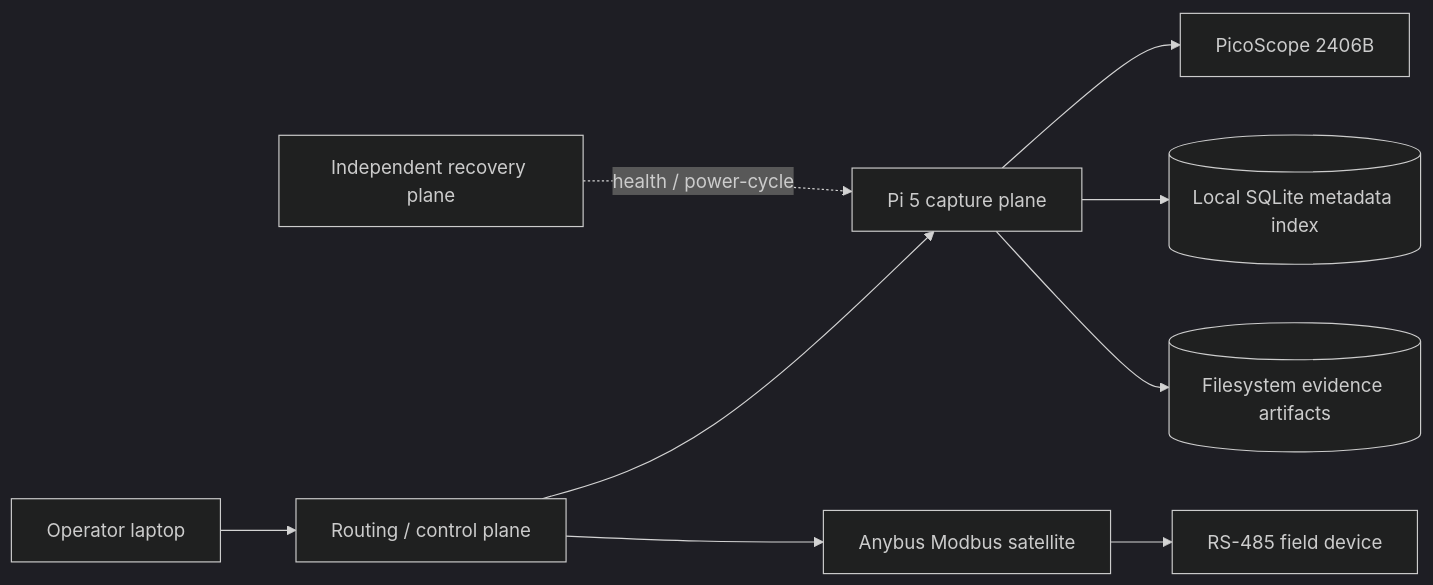
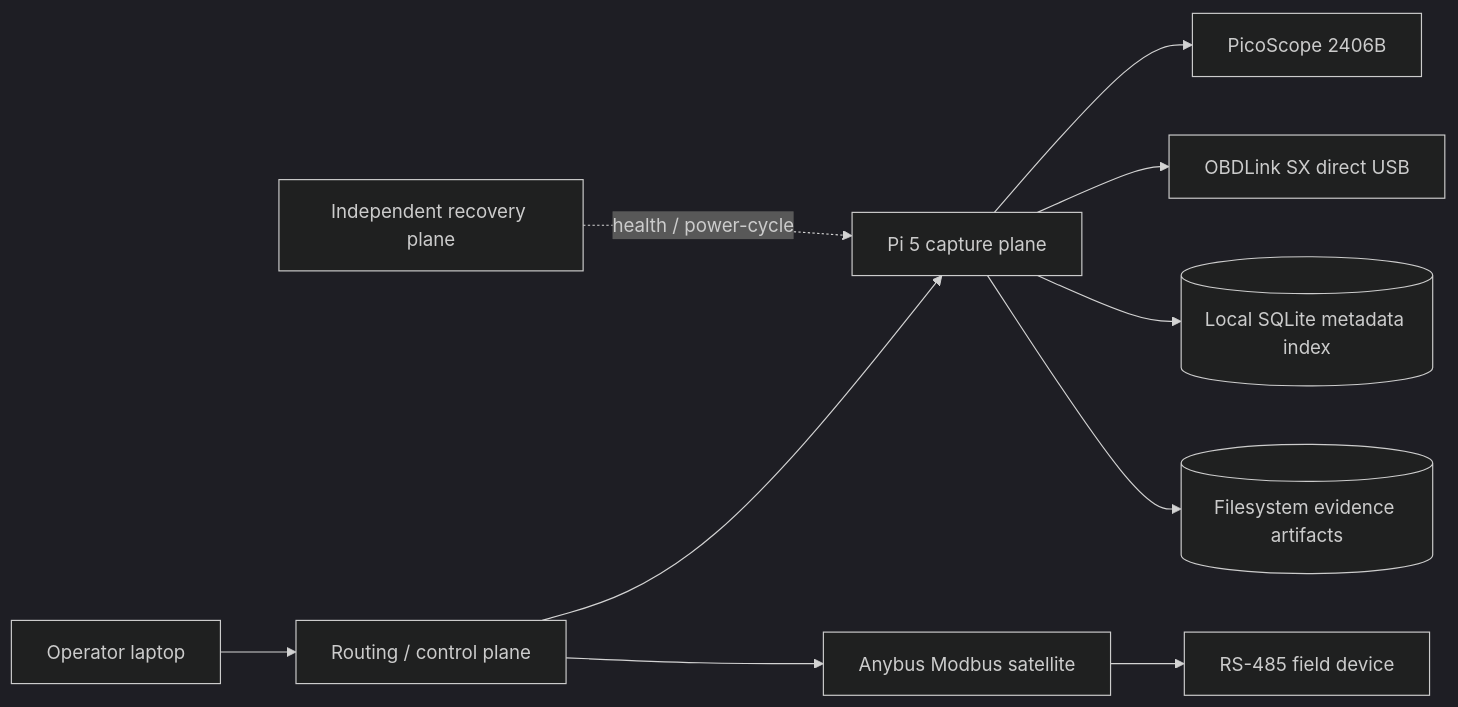
Before and after one commit to dandckr-ops/remote-dan-lite: the diagram in README.md, drawn with Mermaid (dark theme). The commit also changed other lines of this file and 22 other files, not shown here.

````diff
--- a/README.md
+++ b/README.md
@@ -59,11 +62,12 @@
 ```mermaid
 flowchart LR
     Laptop[Operator laptop] --> Router[Routing / control plane]
     Router --> Capture[Pi 5 capture plane]
     Router --> Modbus[Anybus Modbus satellite]
     Modbus --> RTU[RS-485 field device]
     Capture --> Pico[PicoScope 2406B]
+    Capture --> SX[OBDLink SX direct USB]
     Capture --> DB[(Local SQLite metadata index)]
     Capture --> Files[(Filesystem evidence artifacts)]
     OOB[Independent recovery plane] -. health / power-cycle .-> Capture
 ```
````
